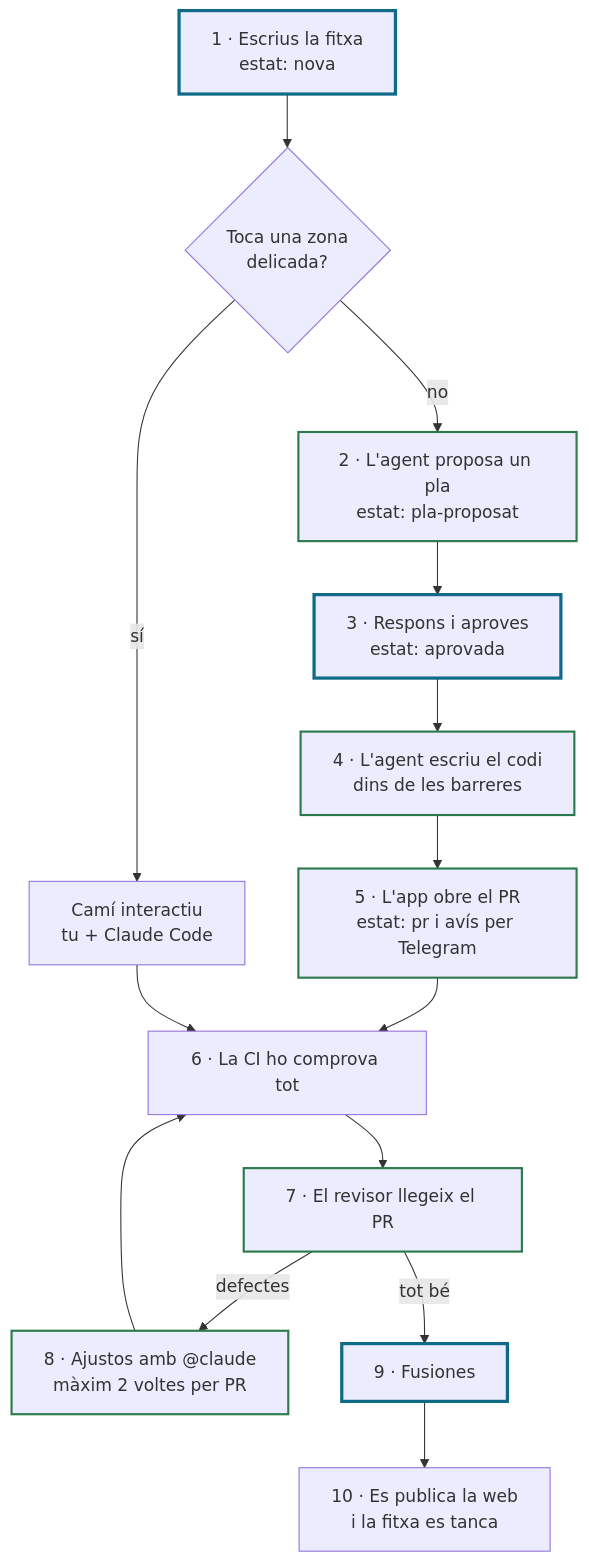
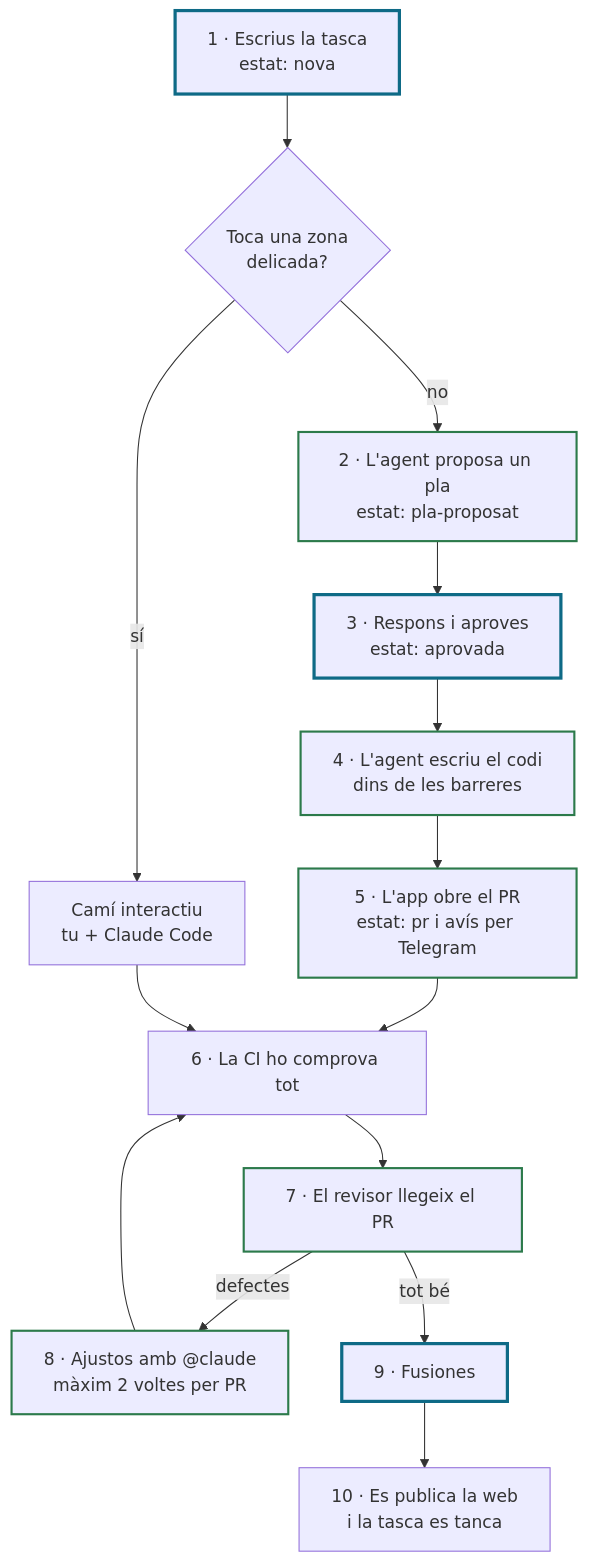
Before and after one commit to victorvqg/nucli: the diagram in README.md, drawn with Mermaid. The commit also changed other lines of this file and 3 other files, not shown here.

Commit message:
docs(flux): «fitxa» passa a dir-se «tasca»

````diff
--- a/README.md
+++ b/README.md
@@ -15,21 +15,21 @@
 ```mermaid
 flowchart TD
-    A["1 · Escrius la fitxa<br/>estat: nova"] --> Z{"Toca una zona<br/>delicada?"}
+    A["1 · Escrius la tasca<br/>estat: nova"] --> Z{"Toca una zona<br/>delicada?"}
     Z -- "sí" --> I["Camí interactiu<br/>tu + Claude Code"]
     Z -- "no" --> B["2 · L'agent proposa un pla<br/>estat: pla-proposat"]
     B --> C["3 · Respons i aproves<br/>estat: aprovada"]
     C --> D["4 · L'agent escriu el codi<br/>dins de les barreres"]
     D --> E["5 · L'app obre el PR<br/>estat: pr i avís per Telegram"]
     E --> F["6 · La CI ho comprova tot"]
     I --> F
     F --> G["7 · El revisor llegeix el PR"]
     G -- "defectes" --> H["8 · Ajustos amb @claude<br/>màxim 2 voltes per PR"]
     H --> F
     G -- "tot bé" --> J["9 · Fusiones"]
-    J --> K["10 · Es publica la web<br/>i la fitxa es tanca"]
+    J --> K["10 · Es publica la web<br/>i la tasca es tanca"]
 
     classDef tu stroke:#0E6A86,stroke-width:3px
     classDef agent stroke:#2C7A4B,stroke-width:2px
     class A,C,J tu
     class B,D,E,G,H agent
 ```
````
